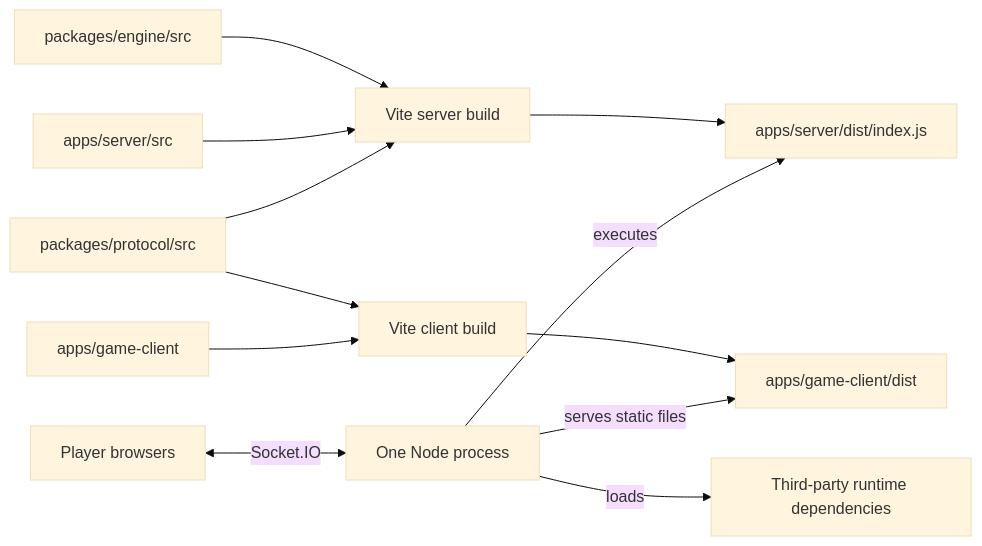
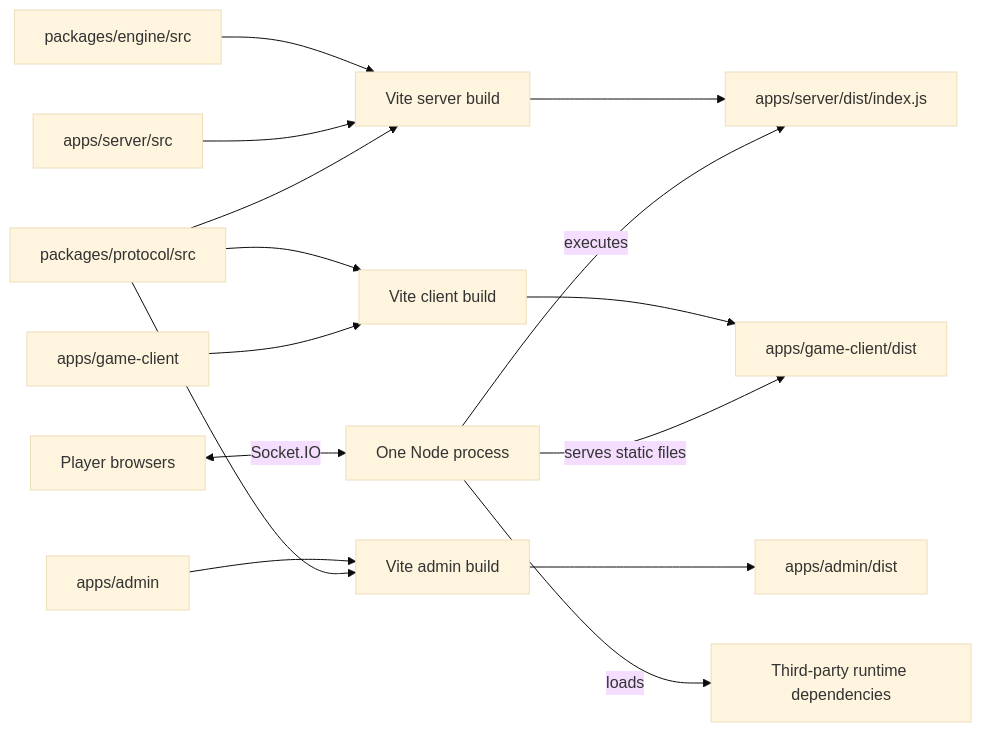
The diagram in docs/workspace-architecture.md (sschan39/card-game), drawn with Mermaid (base theme) before and after one commit. The commit also changed other lines of this file and 197 other files, not shown here.

````diff
--- a/docs/workspace-architecture.md
+++ b/docs/workspace-architecture.md
@@ -28,14 +29,17 @@
 ```mermaid
 flowchart LR
     E["packages/engine/src"] --> SB["Vite server build"]
     S["apps/server/src"] --> SB
     SB --> SD["apps/server/dist/index.js"]
     P["packages/protocol/src"] --> CB["Vite client build"]
     P --> SB
     C["apps/game-client"] --> CB
     CB --> CD["apps/game-client/dist"]
+    A["apps/admin"] --> AB["Vite admin build"]
+    P --> AB
+    AB --> AD["apps/admin/dist"]
     N["One Node process"] -->|executes| SD
     N -->|serves static files| CD
     N -->|loads| D["Third-party runtime dependencies"]
     B["Player browsers"] <-->|Socket.IO| N
 ```
````
